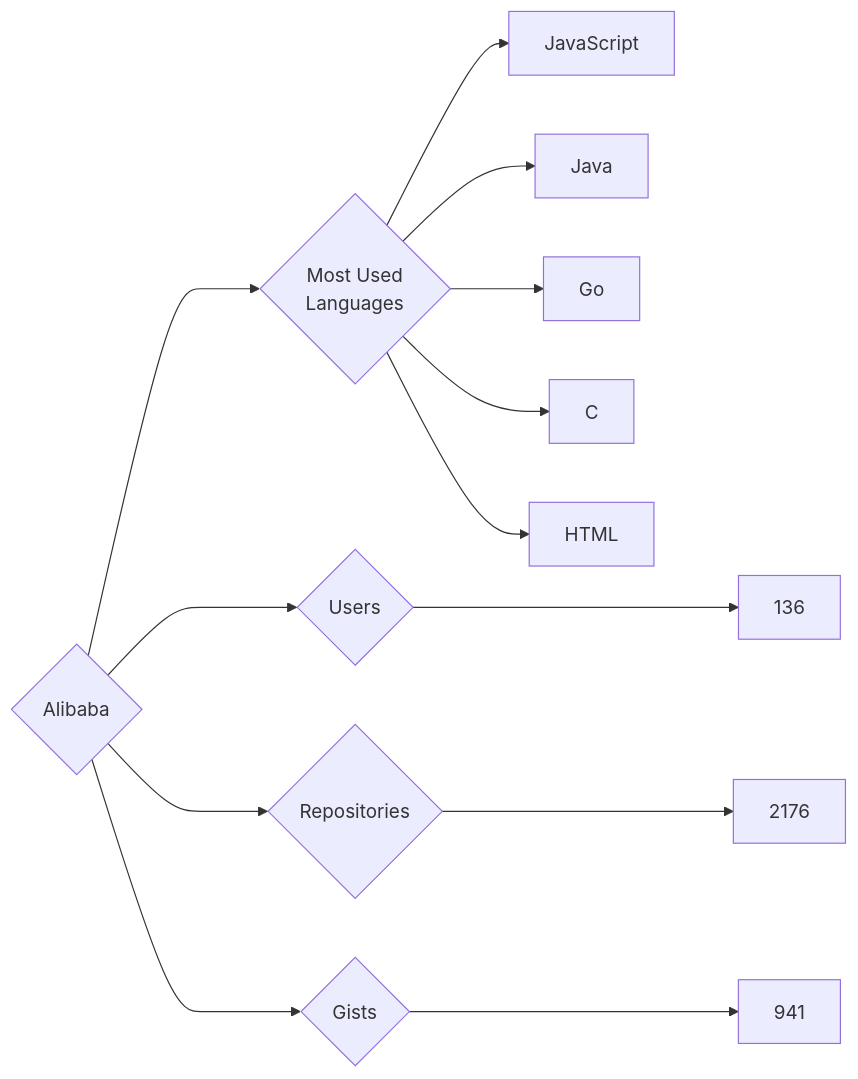
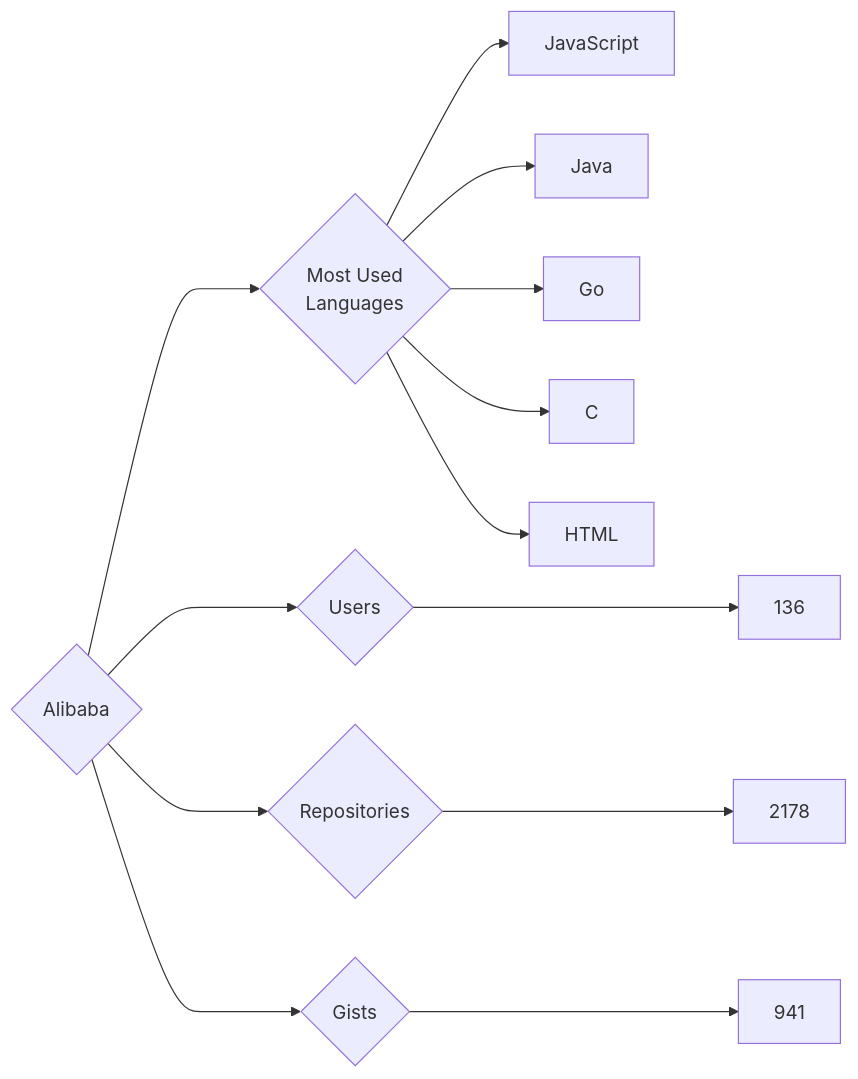
Before and after one commit to trickest/insiders: the diagram in targets/Alibaba/README.md, drawn with Mermaid. The commit also changed 681 other files, not shown here.

````diff
--- a/targets/Alibaba/README.md
+++ b/targets/Alibaba/README.md
@@ -3,13 +3,13 @@
 ```mermaid
 graph LR
 COMPANY_NAME{Alibaba}
 COMPANY_NAME ---> U{Users} ---> UN[136]
-COMPANY_NAME ---> R{Repositories} ---> RN[2176]
+COMPANY_NAME ---> R{Repositories} ---> RN[2178]
 COMPANY_NAME ---> G{Gists} ---> GN[941]
 COMPANY_NAME ---> ML{Most Used<br>Languages}
 ML --> JavaScript[JavaScript]
 ML --> Java[Java]
 ML --> Go[Go]
 ML --> C[C]
 ML --> HTML[HTML]
 ```
````
